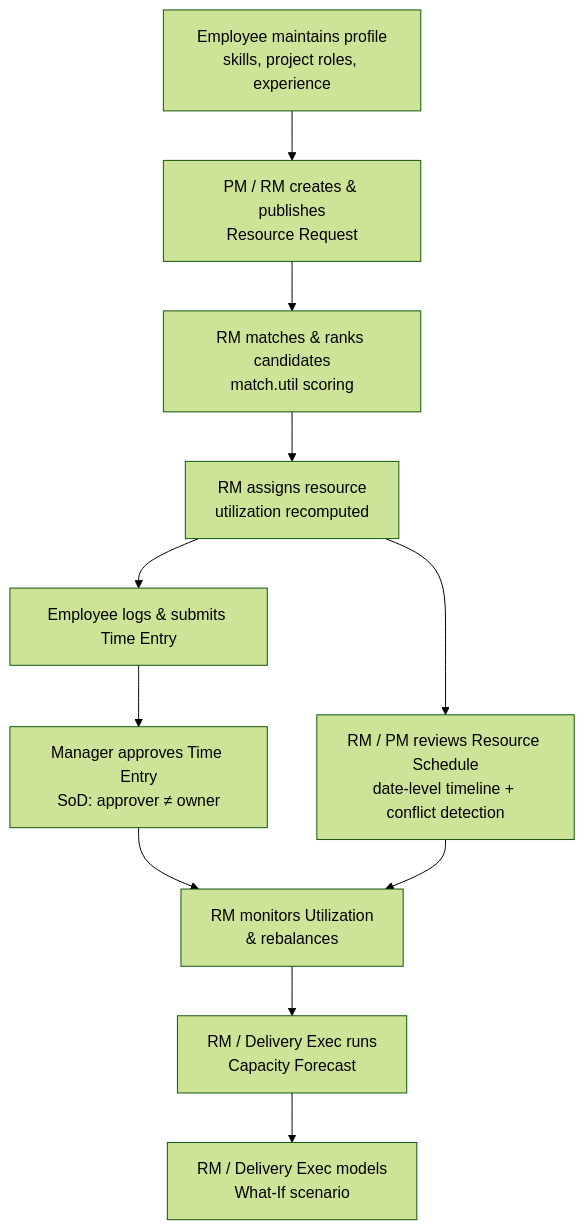
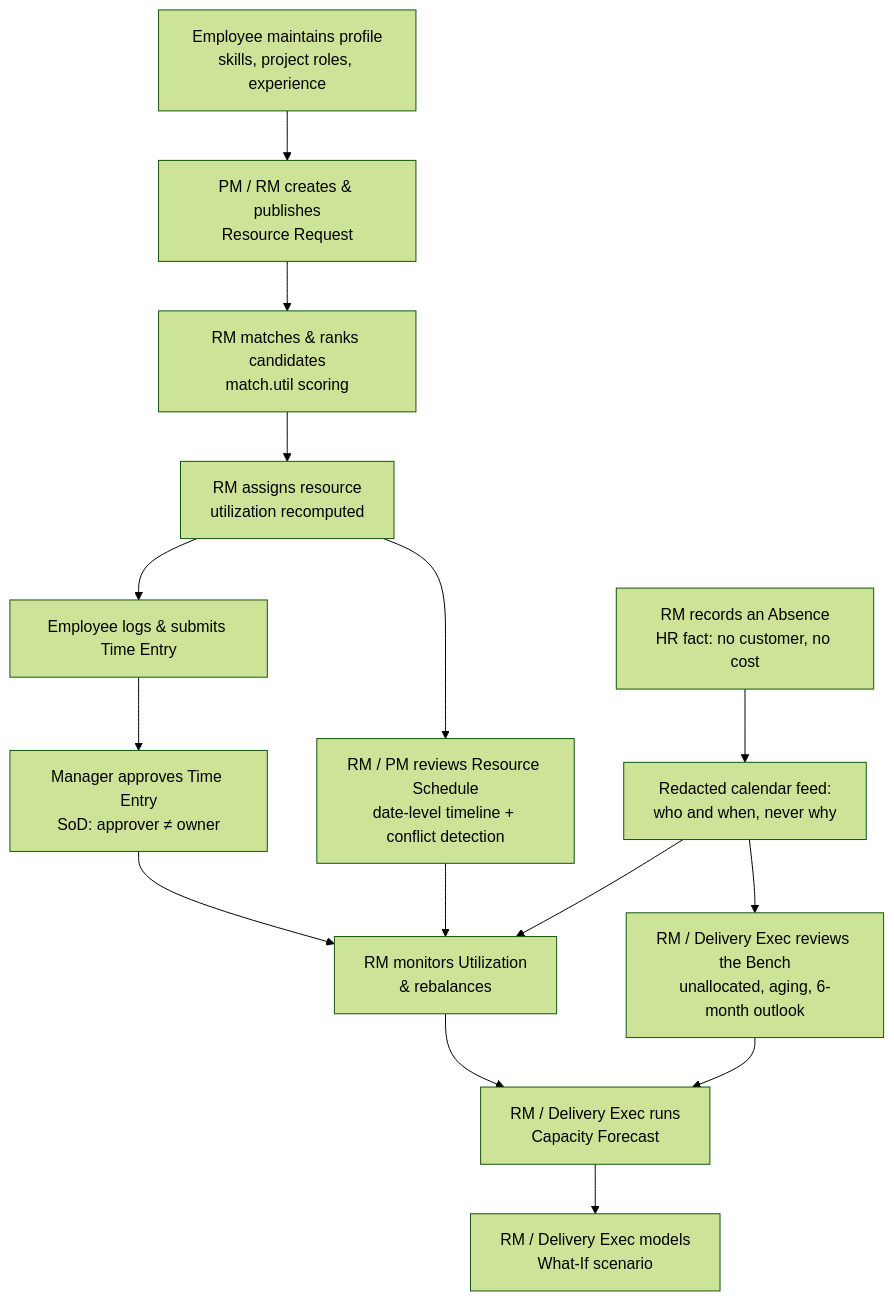
Before and after one commit to Raistlin82/project-resource-mgmt: the first of 12 diagrams in docs/functional/resource-management.md, drawn with Mermaid (forest theme). The commit also changed other lines of this file and 15 other files, not shown here.

````diff
--- a/docs/functional/resource-management.md
+++ b/docs/functional/resource-management.md
@@ -27,14 +35,18 @@
 ```mermaid
 flowchart TD
   P[Employee maintains profile<br/>skills, project roles, experience] --> R
   R[PM / RM creates & publishes<br/>Resource Request] --> M
   M[RM matches & ranks candidates<br/>match.util scoring] --> A
   A[RM assigns resource<br/>utilization recomputed] --> T
   T[Employee logs & submits Time Entry] --> AP
   AP[Manager approves Time Entry<br/>SoD: approver ≠ owner] --> U
   A --> S[RM / PM reviews Resource Schedule<br/>date-level timeline + conflict detection]
   U[RM monitors Utilization<br/>& rebalances] --> F
   S --> U
+  X[RM records an Absence<br/>HR fact: no customer, no cost] --> XC
+  XC["Redacted calendar feed:<br/>who and when, never why"] --> U
+  XC --> B
+  B[RM / Delivery Exec reviews the Bench<br/>unallocated, aging, 6-month outlook] --> F
   F[RM / Delivery Exec runs<br/>Capacity Forecast] --> W
   W[RM / Delivery Exec models<br/>What-If scenario]
 ```
````
